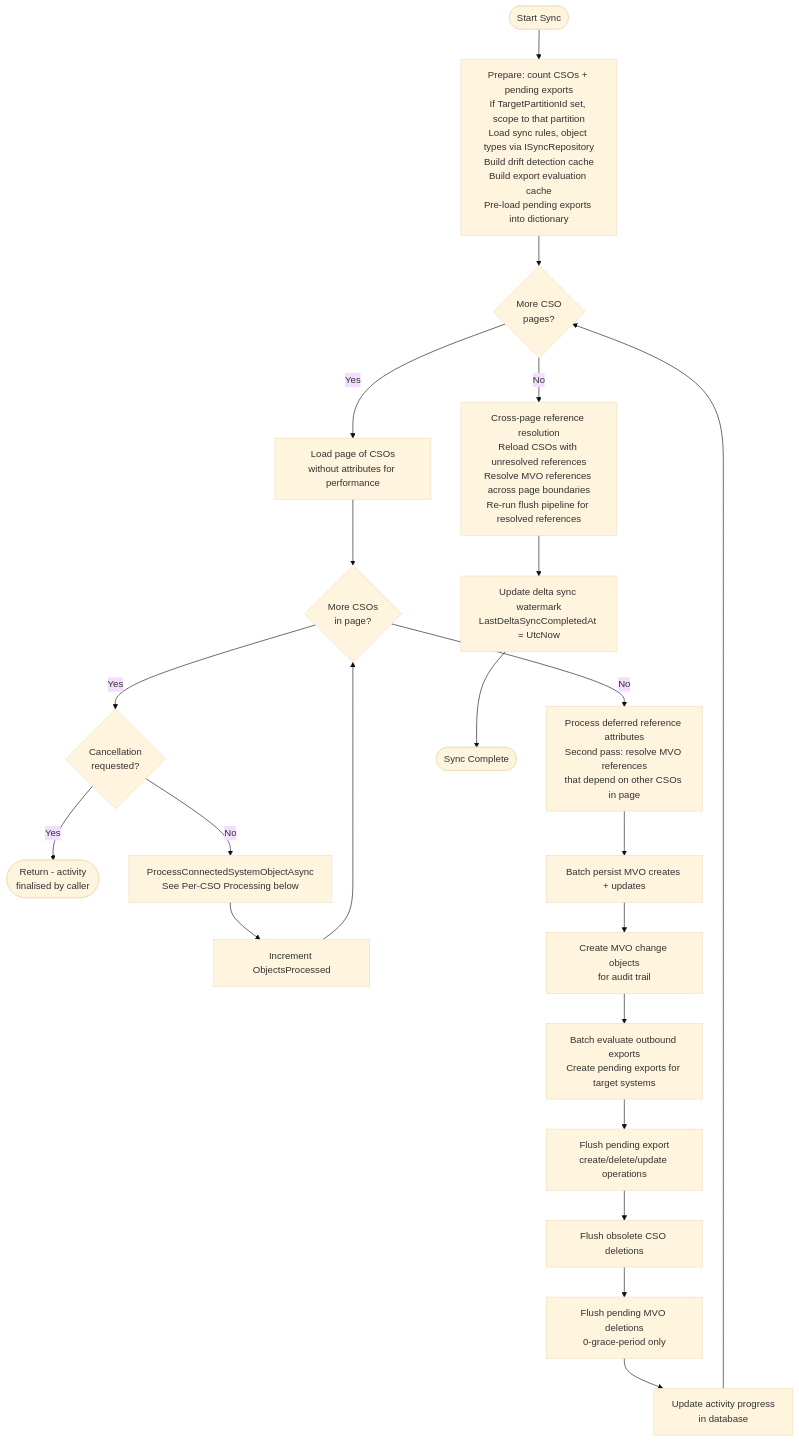
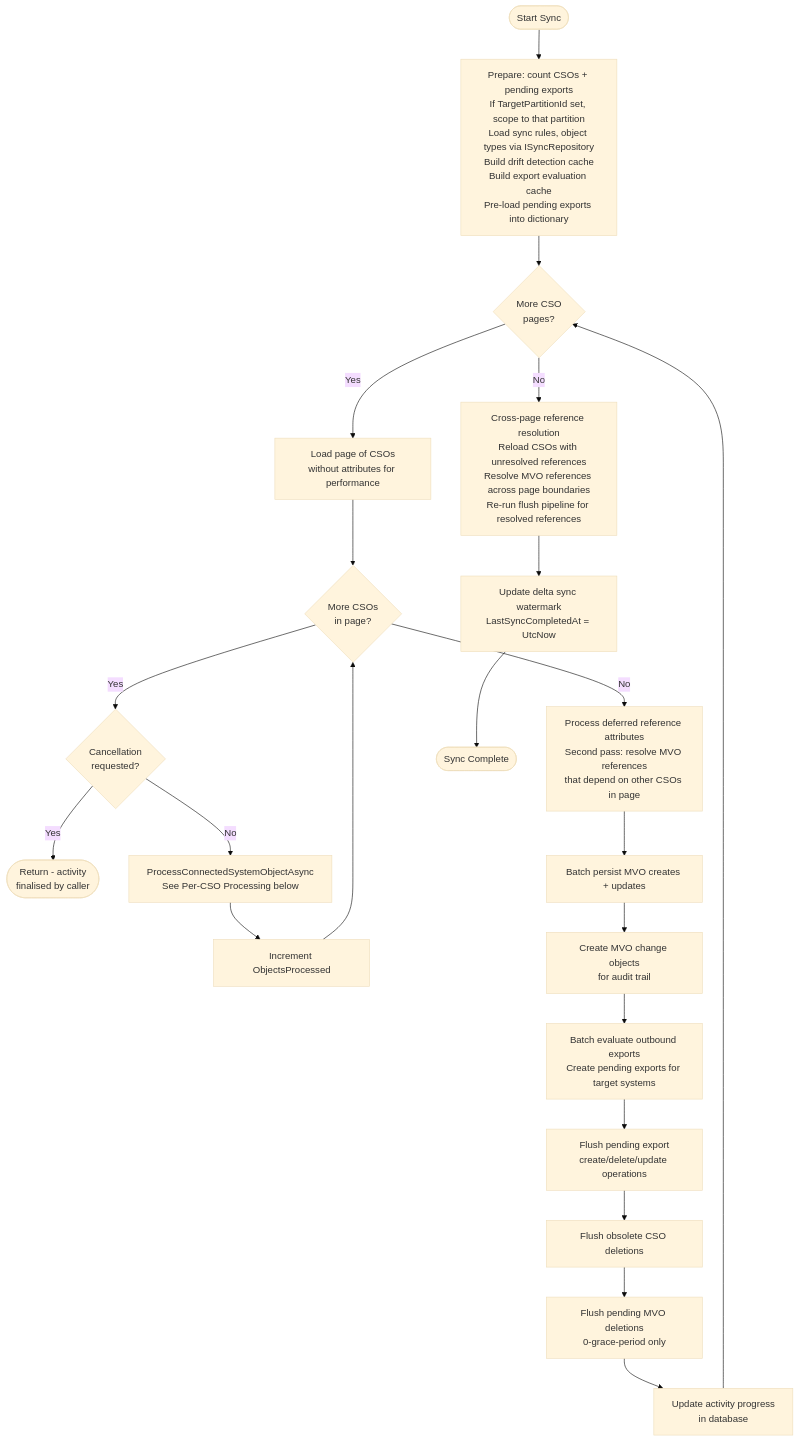
One commit to TetronIO/JIM changed the first of 2 diagrams in docs/diagrams/mermaid/FULL_SYNC_CSO_PROCESSING.md. Above: the diagram before and after it, drawn with Mermaid (base theme). The commit also changed other lines of this file and 20 other files, not shown here.

````diff
--- a/docs/diagrams/mermaid/FULL_SYNC_CSO_PROCESSING.md
+++ b/docs/diagrams/mermaid/FULL_SYNC_CSO_PROCESSING.md
@@ -18,28 +18,28 @@
 ```mermaid
 flowchart TD
     Start([Start Sync]) --> Prepare[Prepare: count CSOs + pending exports<br/>If TargetPartitionId set, scope to that partition<br/>Load sync rules, object types via ISyncRepository<br/>Build drift detection cache<br/>Build export evaluation cache<br/>Pre-load pending exports into dictionary]
     Prepare --> PageLoop{More CSO<br/>pages?}
 
     PageLoop -->|Yes| LoadPage[Load page of CSOs<br/>without attributes for performance]
     LoadPage --> CsoLoop{More CSOs<br/>in page?}
 
     CsoLoop -->|Yes| CheckCancel{Cancellation<br/>requested?}
     CheckCancel -->|Yes| Return([Return - activity<br/>finalised by caller])
     CheckCancel -->|No| ProcessCso[ProcessConnectedSystemObjectAsync<br/>See Per-CSO Processing below]
     ProcessCso --> IncrProgress[Increment ObjectsProcessed]
     IncrProgress --> CsoLoop
 
     CsoLoop -->|No| DeferredRef[Process deferred reference attributes<br/>Second pass: resolve MVO references<br/>that depend on other CSOs in page]
     DeferredRef --> PersistMvo[Batch persist MVO creates + updates]
     PersistMvo --> MvoChanges[Create MVO change objects<br/>for audit trail]
     MvoChanges --> EvalExports[Batch evaluate outbound exports<br/>Create pending exports for target systems]
     EvalExports --> FlushPE[Flush pending export<br/>create/delete/update operations]
     FlushPE --> FlushCSO[Flush obsolete CSO deletions]
     FlushCSO --> FlushMVO[Flush pending MVO deletions<br/>0-grace-period only]
     FlushMVO --> UpdateProgress[Update activity progress<br/>in database]
     UpdateProgress --> PageLoop
 
     PageLoop -->|No| CrossPage[Cross-page reference resolution<br/>Reload CSOs with unresolved references<br/>Resolve MVO references across page boundaries<br/>Re-run flush pipeline for resolved references]
-    CrossPage --> Watermark[Update delta sync watermark<br/>LastDeltaSyncCompletedAt = UtcNow]
+    CrossPage --> Watermark[Update delta sync watermark<br/>LastSyncCompletedAt = UtcNow]
     Watermark --> End([Sync Complete])
 ```
````
